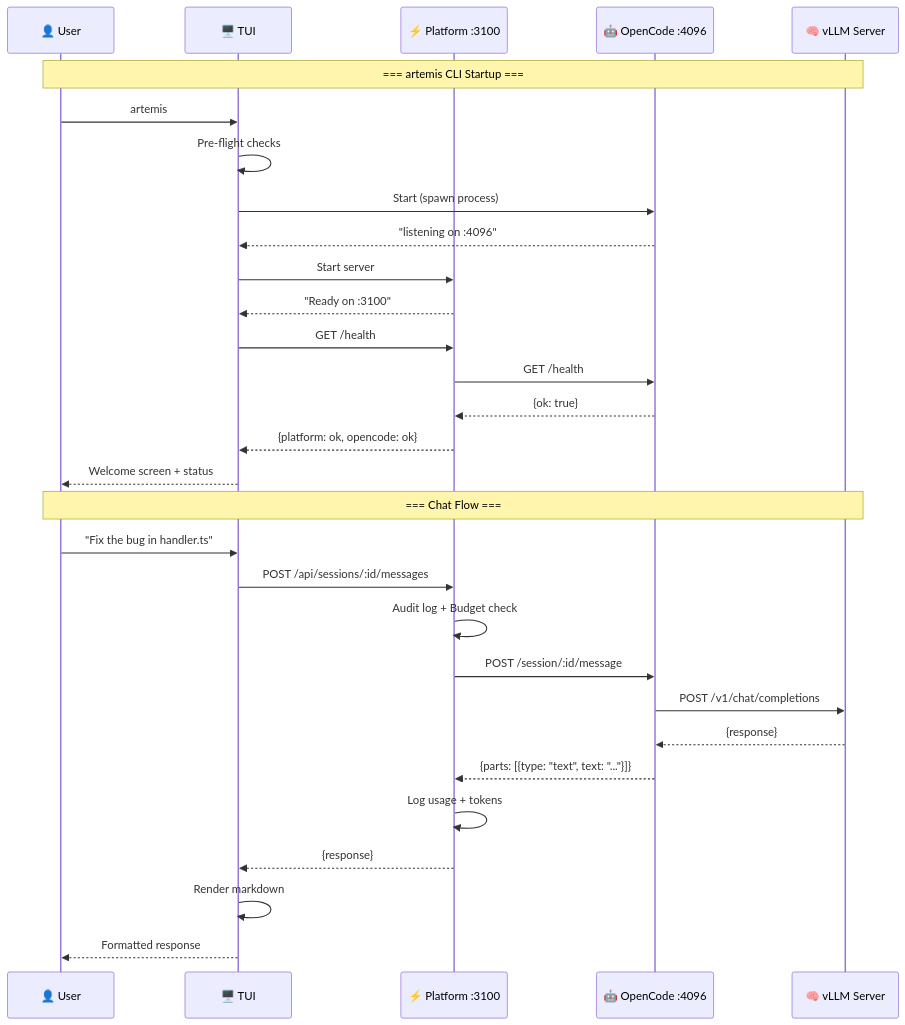
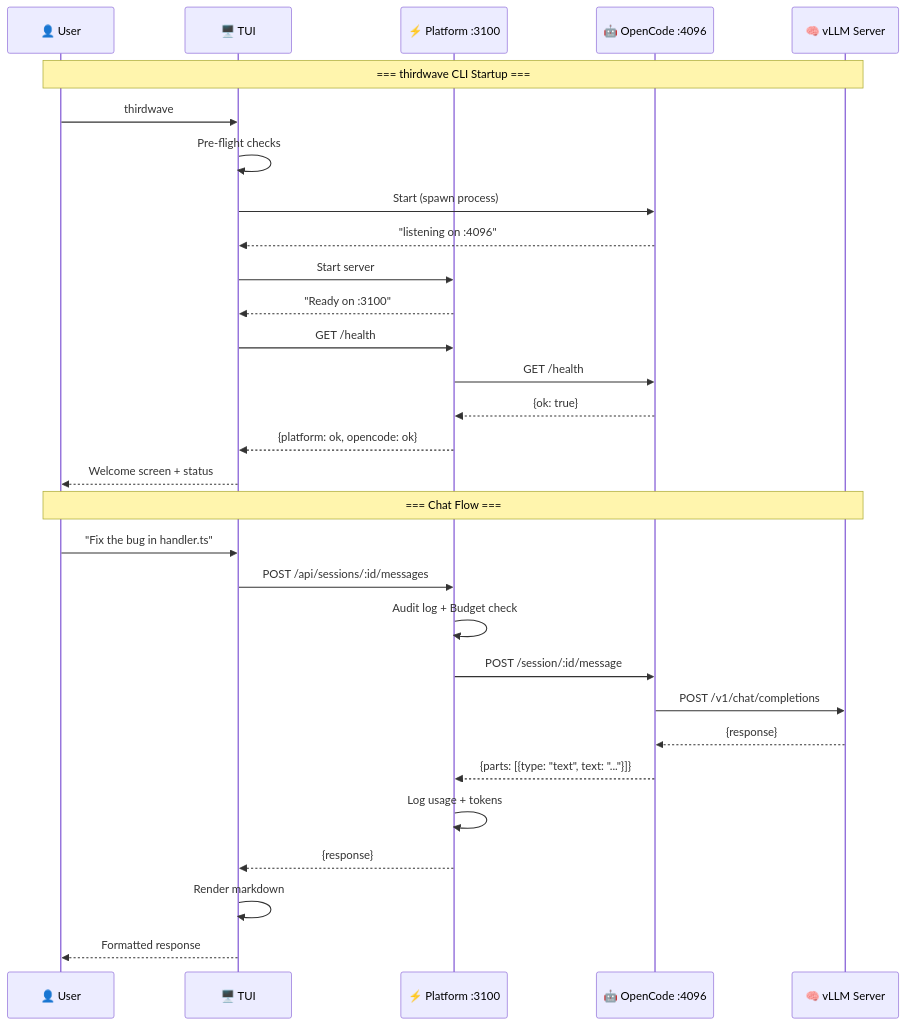
The diagram in platform/docs/diagrams/02-request-flow.md (TW-10561/AI-Coding-Agent), drawn with Mermaid before and after one commit. The commit also changed other lines of this file and 177 other files, not shown here.

````diff
--- a/platform/docs/diagrams/02-request-flow.md
+++ b/platform/docs/diagrams/02-request-flow.md
@@ -4,36 +4,36 @@
 ```mermaid
 sequenceDiagram
     participant U as 👤 User
     participant TUI as 🖥️ TUI
     participant Plat as ⚡ Platform :3100
     participant OC as 🤖 OpenCode :4096
     participant LLM as 🧠 vLLM Server
 
-    Note over U,LLM: === artemis CLI Startup ===
+    Note over U,LLM: === thirdwave CLI Startup ===
     
-    U->>TUI: artemis
+    U->>TUI: thirdwave
     TUI->>TUI: Pre-flight checks
     TUI->>OC: Start (spawn process)
     OC-->>TUI: "listening on :4096"
     TUI->>Plat: Start server
     Plat-->>TUI: "Ready on :3100"
     TUI->>Plat: GET /health
     Plat->>OC: GET /health
     OC-->>Plat: {ok: true}
     Plat-->>TUI: {platform: ok, opencode: ok}
     TUI-->>U: Welcome screen + status
 
     Note over U,LLM: === Chat Flow ===
 
     U->>TUI: "Fix the bug in handler.ts"
     TUI->>Plat: POST /api/sessions/:id/messages
     Plat->>Plat: Audit log + Budget check
     Plat->>OC: POST /session/:id/message
     OC->>LLM: POST /v1/chat/completions
     LLM-->>OC: {response}
     OC-->>Plat: {parts: [{type: "text", text: "..."}]}
     Plat->>Plat: Log usage + tokens
     Plat-->>TUI: {response}
     TUI->>TUI: Render markdown
     TUI-->>U: Formatted response
 ```
````
